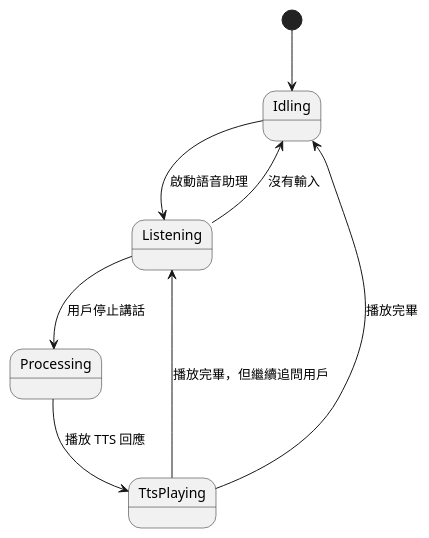
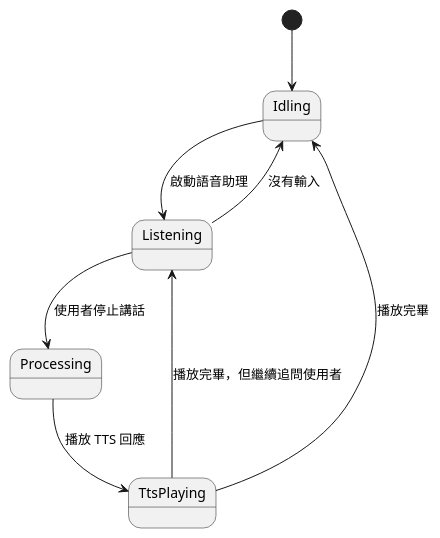
The second of 2 diagrams in docs/components.md (zonble/flutter_voice_assistant), drawn with PlantUML before and after one commit. The commit also changed other lines of this file and 10 other files, not shown here.

````diff
--- a/docs/components.md
+++ b/docs/components.md
@@ -63,11 +63,11 @@
 ```puml
 @startuml
 [*] --> Idling
 Idling -> Listening: 啟動語音助理
 Listening --> Idling: 沒有輸入
-Listening --> Processing: 用戶停止講話
+Listening --> Processing: 使用者停止講話
 Processing --> TtsPlaying: 播放 TTS 回應
 TtsPlaying --> Idling: 播放完畢
-TtsPlaying --> Listening: 播放完畢，但繼續追問用戶
+TtsPlaying --> Listening: 播放完畢，但繼續追問使用者
 @enduml
 ```
````
